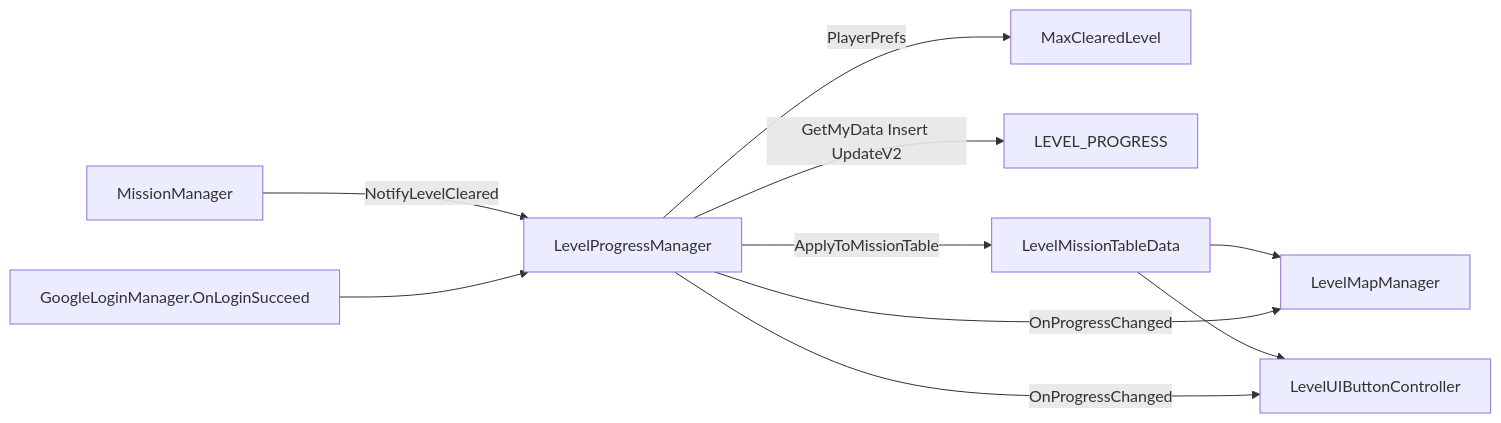
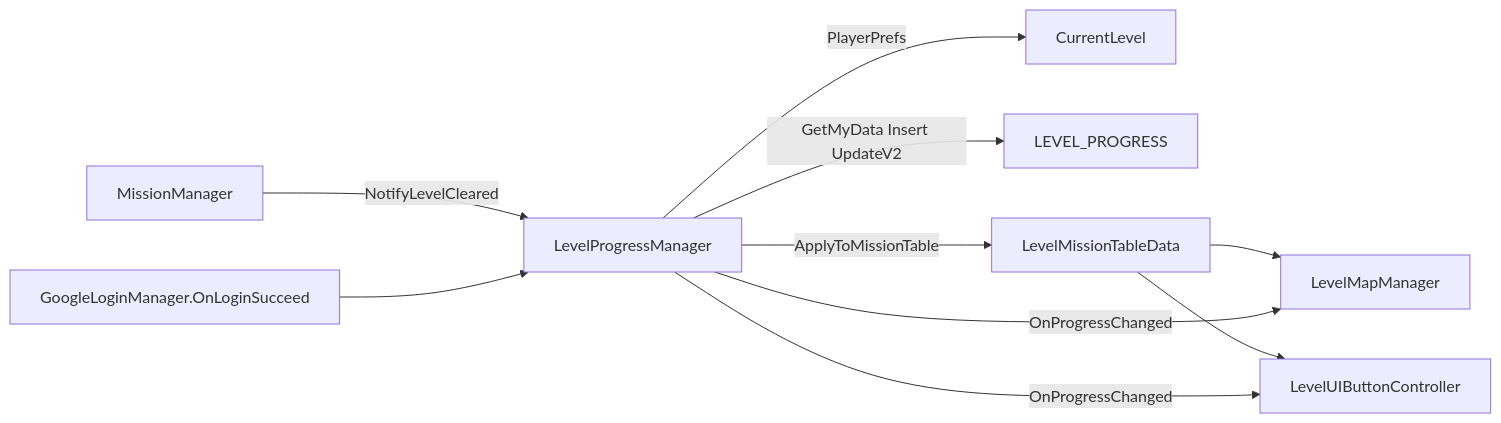
The first of 3 diagrams in docs/diagrams/level-progress-manager.md (chlghksgml01/BlockPuzzle), drawn with Mermaid before and after one commit. The commit also changed other lines of this file and 3 other files, not shown here.

````diff
--- a/docs/diagrams/level-progress-manager.md
+++ b/docs/diagrams/level-progress-manager.md
@@ -29,12 +30,12 @@
 ```mermaid
 flowchart LR
   MM[MissionManager] -->|"NotifyLevelCleared"| LPM[LevelProgressManager]
-  LPM -->|PlayerPrefs| Local[MaxClearedLevel]
+  LPM -->|PlayerPrefs| Local[CurrentLevel]
   LPM -->|"GetMyData Insert UpdateV2"| BE[LEVEL_PROGRESS]
   Login[GoogleLoginManager.OnLoginSucceed] --> LPM
   LPM -->|ApplyToMissionTable| Table[LevelMissionTableData]
   Table --> Map[LevelMapManager]
   Table --> UI[LevelUIButtonController]
   LPM -->|OnProgressChanged| Map
   LPM -->|OnProgressChanged| UI
 ```
````
